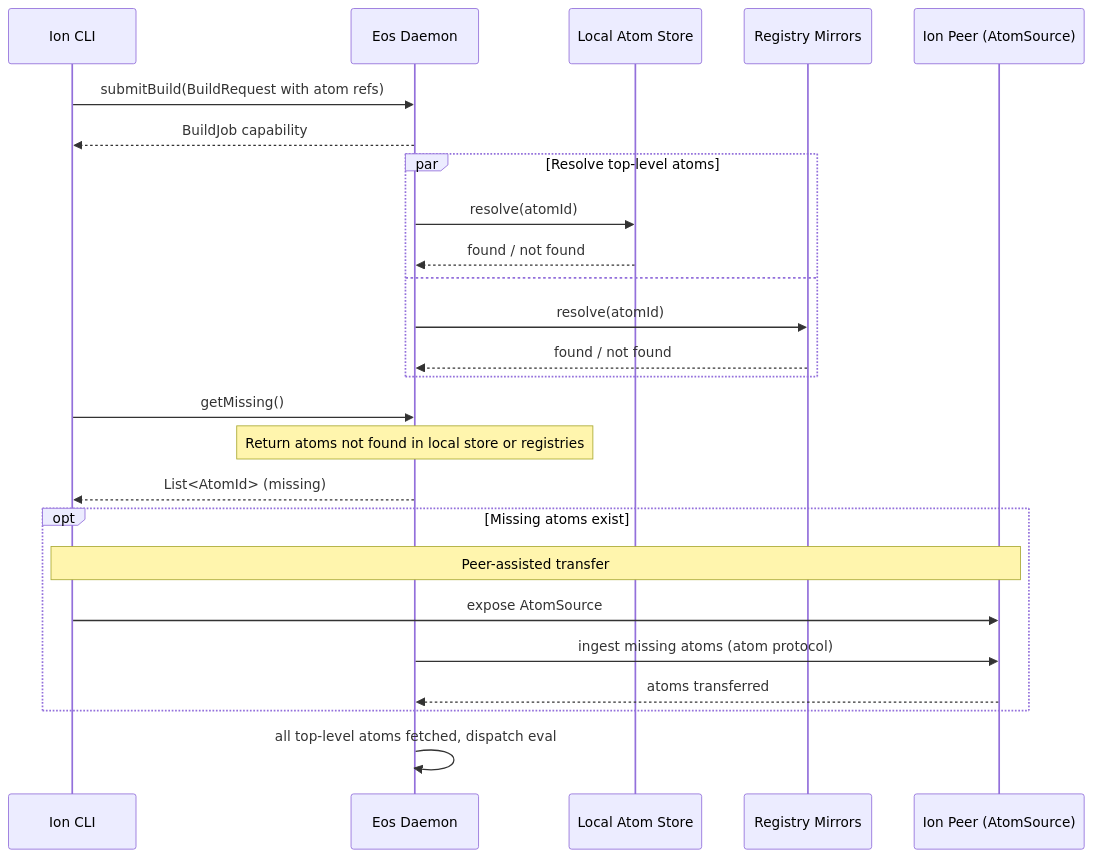
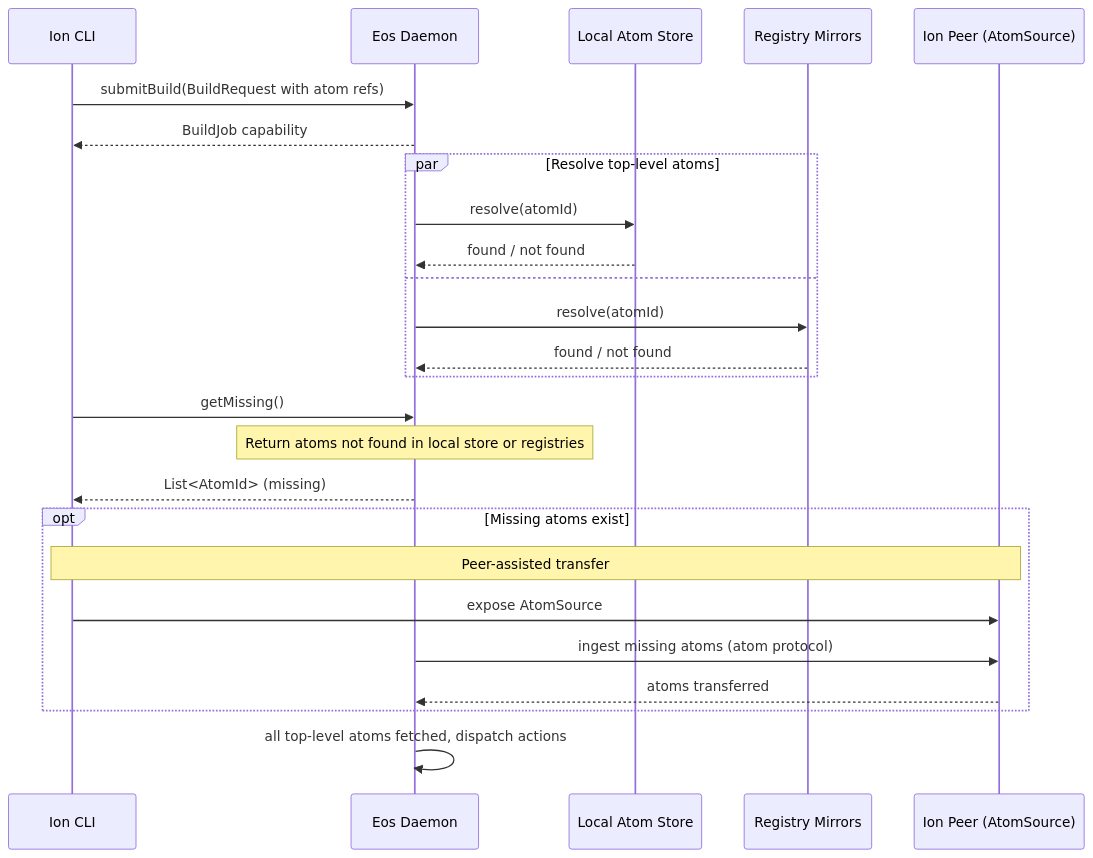
One commit to axiosoph/axios changed the seventh of 9 diagrams in docs/architecture/eos-sad.md. Above: the diagram before and after it, drawn with Mermaid. The commit also changed other lines of this file, not shown here.

````diff
--- a/docs/architecture/eos-sad.md
+++ b/docs/architecture/eos-sad.md
@@ -469,32 +453,32 @@
 ```mermaid
 sequenceDiagram
     participant Ion as Ion CLI
     participant Daemon as Eos Daemon
     participant Local as Local Atom Store
     participant Registry as Registry Mirrors
     participant Peer as Ion Peer (AtomSource)
 
     Ion->>Daemon: submitBuild(BuildRequest with atom refs)
     Daemon-->>Ion: BuildJob capability
 
     par Resolve top-level atoms
         Daemon->>Local: resolve(atomId)
         Local-->>Daemon: found / not found
     and
         Daemon->>Registry: resolve(atomId)
         Registry-->>Daemon: found / not found
     end
 
     Ion->>Daemon: getMissing()
     Note over Daemon: Return atoms not found in local store or registries
     Daemon-->>Ion: List<AtomId> (missing)
 
     opt Missing atoms exist
         Note over Ion,Peer: Peer-assisted transfer
         Ion->>Peer: expose AtomSource
         Daemon->>Peer: ingest missing atoms (atom protocol)
         Peer-->>Daemon: atoms transferred
     end
 
-    Daemon->>Daemon: all top-level atoms fetched, dispatch eval
+    Daemon->>Daemon: all top-level atoms fetched, dispatch actions
 ```
````
